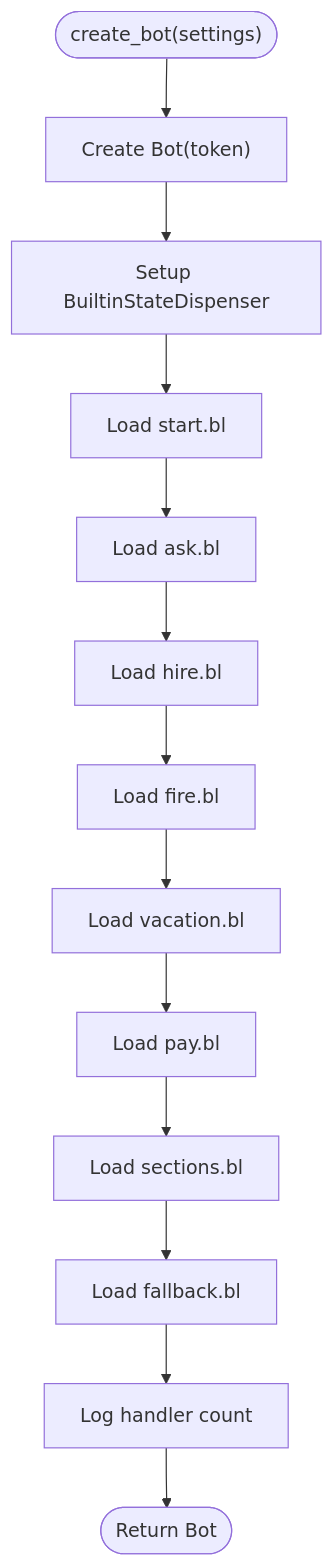
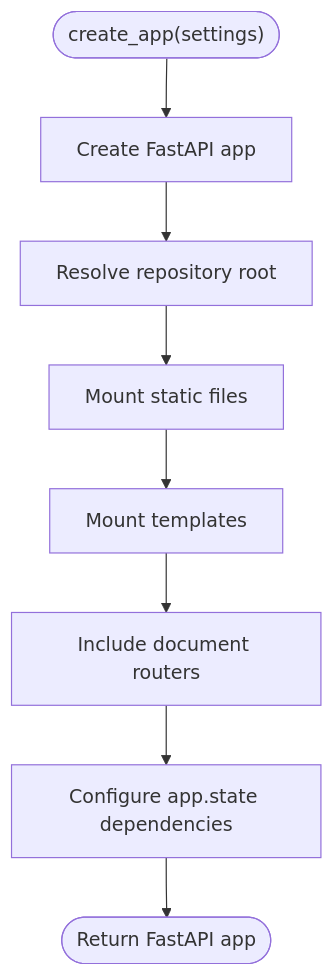
Before and after one commit to ognelis/cafetera_hr_bot: the third of 4 diagrams in .qoder/repowiki/en/content/API Reference/API Reference.md, drawn with Mermaid. The commit also changed other lines of this file and 139 other files, not shown here.

````diff
--- a/.qoder/repowiki/en/content/API Reference/API Reference.md
+++ b/.qoder/repowiki/en/content/API Reference/API Reference.md
@@ -491,15 +482,10 @@
 ```mermaid
 flowchart TD
-Start(["create_bot(settings)"]) --> NewBot["Create Bot(token)"]
-NewBot --> SetupSD["Setup BuiltinStateDispenser"]
-SetupSD --> LoadStart["Load start.bl"]
-LoadStart --> LoadAsk["Load ask.bl"]
-LoadAsk --> LoadHire["Load hire.bl"]
-LoadHire --> LoadFire["Load fire.bl"]
-LoadFire --> LoadVacation["Load vacation.bl"]
-LoadVacation --> LoadPay["Load pay.bl"]
-LoadPay --> LoadSections["Load sections.bl"]
-LoadSections --> LoadFallback["Load fallback.bl"]
-LoadFallback --> LogInfo["Log handler count"]
-LogInfo --> ReturnBot(["Return Bot"])
+Start(["create_app(settings)"]) --> NewApp["Create FastAPI app"]
+NewApp --> ResolveRoot["Resolve repository root"]
+ResolveRoot --> MountStatic["Mount static files"]
+MountStatic --> MountTemplates["Mount templates"]
+MountTemplates --> IncludeRouters["Include document routers"]
+IncludeRouters --> ConfigureState["Configure app.state dependencies"]
+ConfigureState --> ReturnApp(["Return FastAPI app"])
 ```
````
